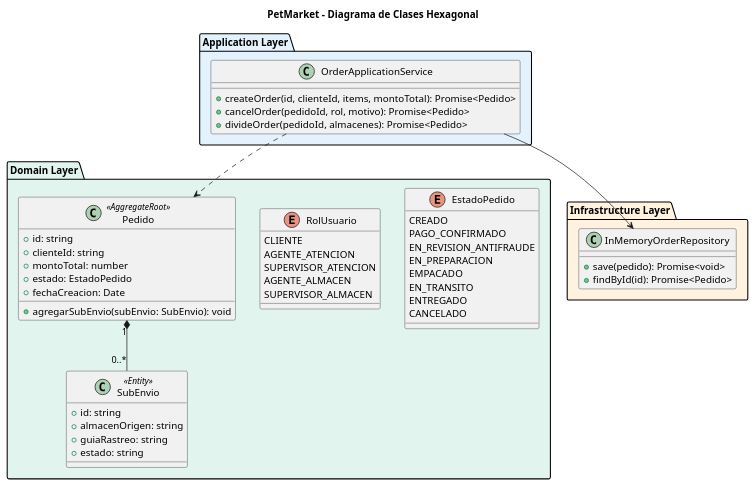
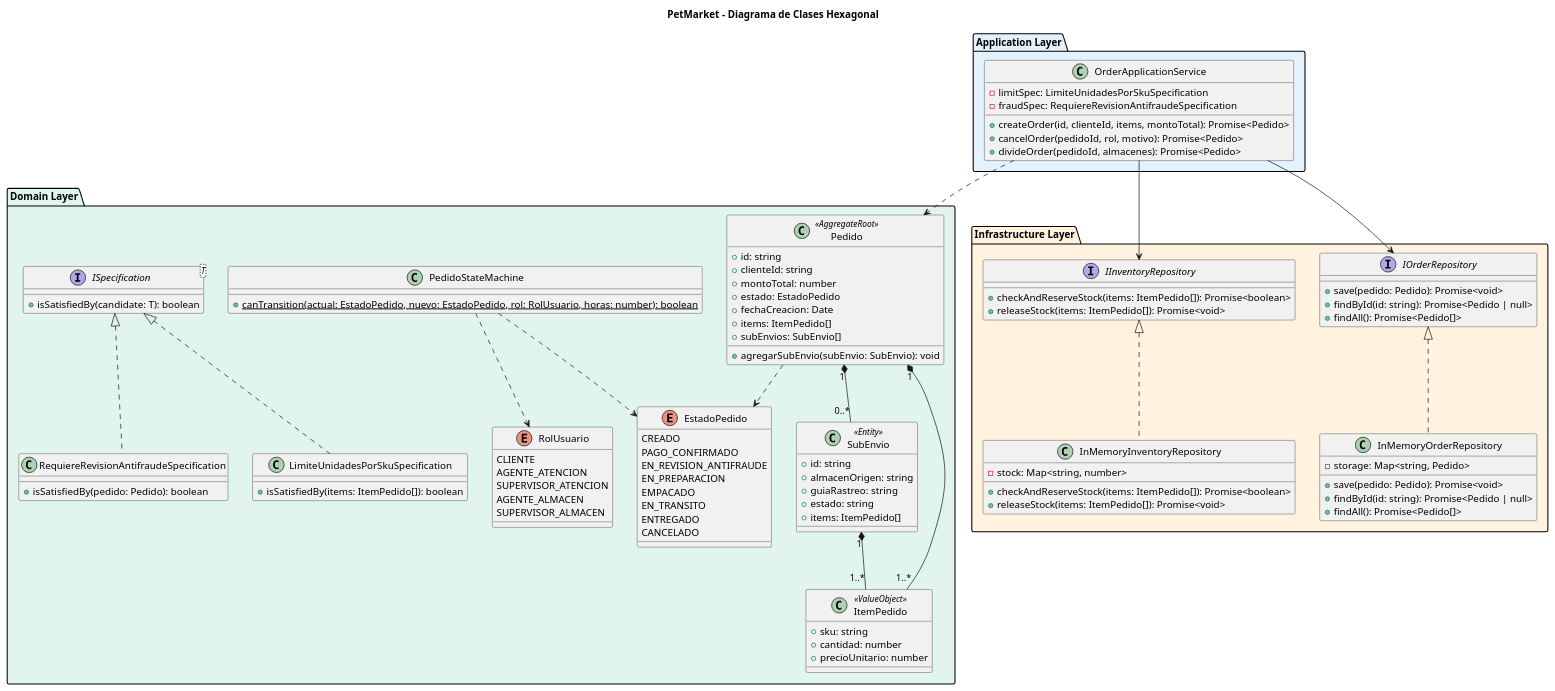
Before and after one commit to badfacebaldo/mi-proyecto-cln: the first of 2 diagrams in docs/architecture/UML_Diagrams.md, drawn with PlantUML. The commit also changed other lines of this file, not shown here.

````diff
--- a/docs/architecture/UML_Diagrams.md
+++ b/docs/architecture/UML_Diagrams.md
@@ -30,6 +36,8 @@
     +montoTotal: number
     +estado: EstadoPedido
     +fechaCreacion: Date
+    +items: ItemPedido[]
+    +subEnvios: SubEnvio[]
     +agregarSubEnvio(subEnvio: SubEnvio): void
   }
 
@@ -38,13 +46,43 @@
     +almacenOrigen: string
     +guiaRastreo: string
     +estado: string
+    +items: ItemPedido[]
+  }
+
+  class ItemPedido <<ValueObject>> {
+    +sku: string
+    +cantidad: number
+    +precioUnitario: number
+  }
+
+  class PedidoStateMachine {
+    +{static} canTransition(actual: EstadoPedido, nuevo: EstadoPedido, rol: RolUsuario, horas: number): boolean
+  }
+
+  interface ISpecification<T> {
+    +isSatisfiedBy(candidate: T): boolean
+  }
+
+  class RequiereRevisionAntifraudeSpecification implements ISpecification {
+    +isSatisfiedBy(pedido: Pedido): boolean
+  }
+
+  class LimiteUnidadesPorSkuSpecification implements ISpecification {
+    +isSatisfiedBy(items: ItemPedido[]): boolean
   }
 
   Pedido "1" *-- "0..*" SubEnvio
+  Pedido "1" *-- "1..*" ItemPedido
+  SubEnvio "1" *-- "1..*" ItemPedido
+  Pedido ..> EstadoPedido
+  PedidoStateMachine ..> EstadoPedido
+  PedidoStateMachine ..> RolUsuario
 }
 
 package "Application Layer" #E3F2FD {
   class OrderApplicationService {
+    -limitSpec: LimiteUnidadesPorSkuSpecification
+    -fraudSpec: RequiereRevisionAntifraudeSpecification
     +createOrder(id, clienteId, items, montoTotal): Promise<Pedido>
     +cancelOrder(pedidoId, rol, motivo): Promise<Pedido>
     +divideOrder(pedidoId, almacenes): Promise<Pedido>
@@ -52,13 +90,33 @@
 }
 
 package "Infrastructure Layer" #FFF3E0 {
-  class InMemoryOrderRepository {
-    +save(pedido): Promise<void>
-    +findById(id): Promise<Pedido>
+  interface IOrderRepository {
+    +save(pedido: Pedido): Promise<void>
+    +findById(id: string): Promise<Pedido | null>
+    +findAll(): Promise<Pedido[]>
+  }
+
+  interface IInventoryRepository {
+    +checkAndReserveStock(items: ItemPedido[]): Promise<boolean>
+    +releaseStock(items: ItemPedido[]): Promise<void>
+  }
+
+  class InMemoryOrderRepository implements IOrderRepository {
+    -storage: Map<string, Pedido>
+    +save(pedido: Pedido): Promise<void>
+    +findById(id: string): Promise<Pedido | null>
+    +findAll(): Promise<Pedido[]>
+  }
+
+  class InMemoryInventoryRepository implements IInventoryRepository {
+    -stock: Map<string, number>
+    +checkAndReserveStock(items: ItemPedido[]): Promise<boolean>
+    +releaseStock(items: ItemPedido[]): Promise<void>
   }
 }
 
-OrderApplicationService --> InMemoryOrderRepository
+OrderApplicationService --> IOrderRepository
+OrderApplicationService --> IInventoryRepository
 OrderApplicationService ..> Pedido
 @enduml
 ```
````
